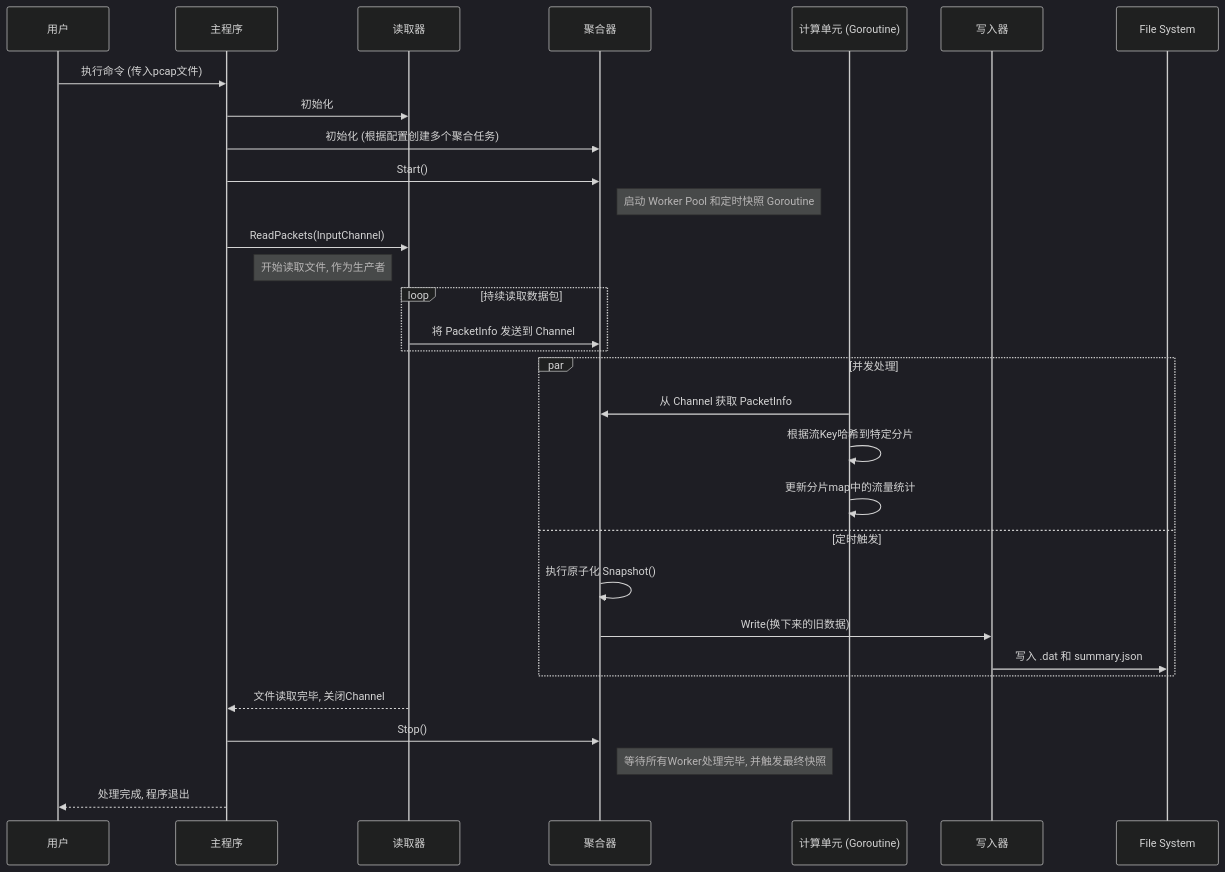
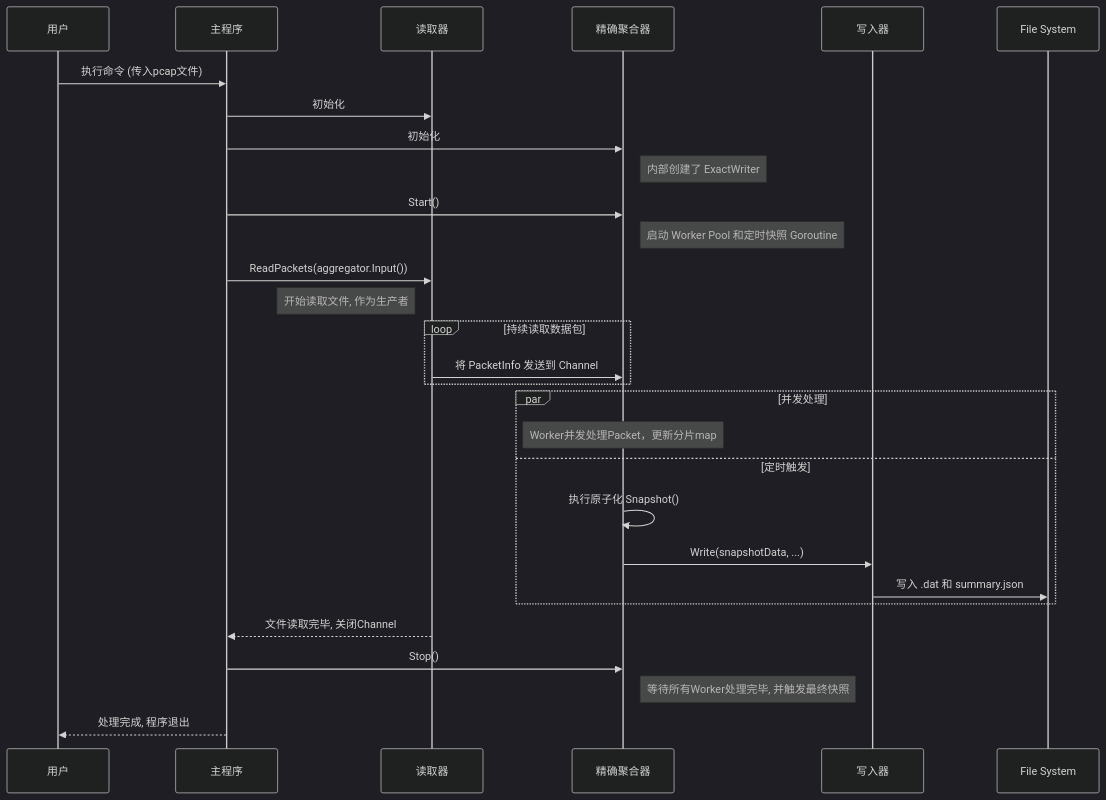
The diagram in doc/technology.md (Decade-qiu/Go2NetSpectra), drawn with Mermaid (dark theme) before and after one commit. The commit also changed other lines of this file and 13 other files, not shown here.

First line of the commit message:
refactor: Abstract Aggregator and Writer interfaces

````diff
--- a/doc/technology.md
+++ b/doc/technology.md
@@ -54,38 +43,36 @@
 ```mermaid
 sequenceDiagram
     participant User as 用户
     participant pcap-analyzer as 主程序
     participant pcap.Reader as 读取器
-    participant Aggregator as 聚合器
-    participant Worker as 计算单元 (Goroutine)
-    participant snapshot.Writer as 写入器
+    participant ExactAggregator as 精确聚合器
+    participant ExactWriter as 写入器
 
     User->>pcap-analyzer: 执行命令 (传入pcap文件)
     pcap-analyzer->>pcap.Reader: 初始化
-    pcap-analyzer->>Aggregator: 初始化 (根据配置创建多个聚合任务)
+    pcap-analyzer->>ExactAggregator: 初始化
+    note right of ExactAggregator: 内部创建了 ExactWriter
     
-    pcap-analyzer->>Aggregator: Start()
-    note right of Aggregator: 启动 Worker Pool 和定时快照 Goroutine
+    pcap-analyzer->>ExactAggregator: Start()
+    note right of ExactAggregator: 启动 Worker Pool 和定时快照 Goroutine
     
-    pcap-analyzer->>pcap.Reader: ReadPackets(InputChannel)
+    pcap-analyzer->>pcap.Reader: ReadPackets(aggregator.Input())
     note left of pcap.Reader: 开始读取文件, 作为生产者
     
     loop 持续读取数据包
-        pcap.Reader->>Aggregator: 将 PacketInfo 发送到 Channel
+        pcap.Reader->>ExactAggregator: 将 PacketInfo 发送到 Channel
     end
     
     par 并发处理
-        Worker->>Aggregator: 从 Channel 获取 PacketInfo
-        Worker->>Worker: 根据流Key哈希到特定分片
-        Worker->>Worker: 更新分片map中的流量统计
+        Note over ExactAggregator: Worker并发处理Packet，更新分片map
     and 定时触发
-        Aggregator->>Aggregator: 执行原子化 Snapshot()
-        Aggregator->>snapshot.Writer: Write(换下来的旧数据)
-        snapshot.Writer->>File System: 写入 .dat 和 summary.json
+        ExactAggregator->>ExactAggregator: 执行原子化 Snapshot()
+        ExactAggregator->>ExactWriter: Write(snapshotData, ...)
+        ExactWriter->>File System: 写入 .dat 和 summary.json
     end
 
     pcap.Reader-->>pcap-analyzer: 文件读取完毕, 关闭Channel
-    pcap-analyzer->>Aggregator: Stop()
-    note right of Aggregator: 等待所有Worker处理完毕, 并触发最终快照
+    pcap-analyzer->>ExactAggregator: Stop()
+    note right of ExactAggregator: 等待所有Worker处理完毕, 并触发最终快照
     pcap-analyzer-->>User: 处理完成, 程序退出
 ```
````
